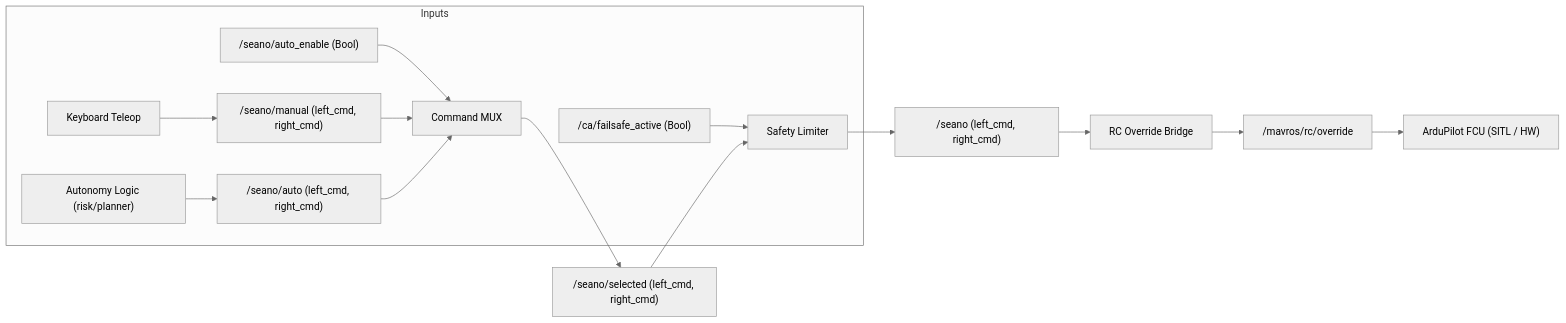
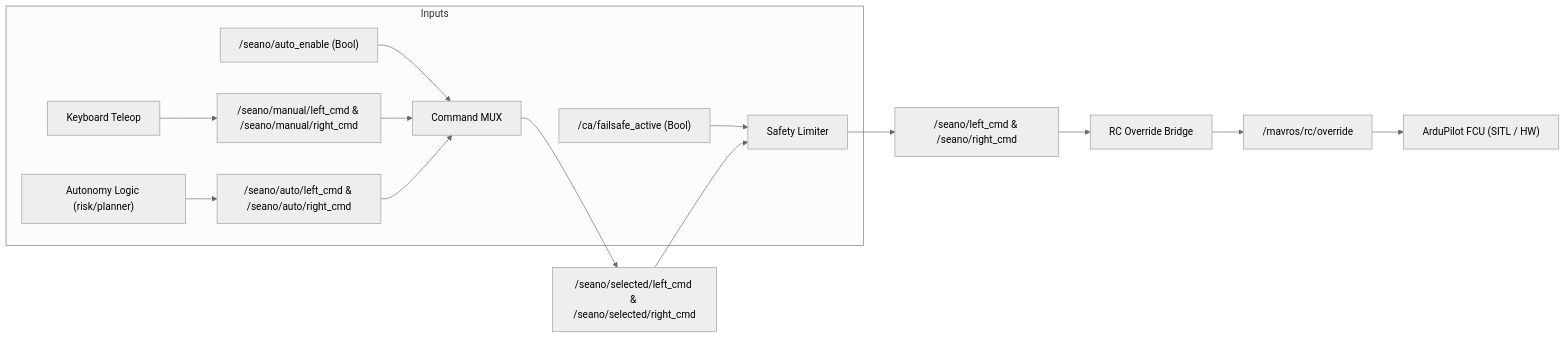
One commit to seanousv/seano-collision-avoidance changed the diagram in docs/ARCHITECTURE.md. Above: the diagram before and after it, drawn with Mermaid (neutral theme). The commit also changed other lines of this file and 5 other files, not shown here.

`````diff
--- a/docs/ARCHITECTURE.md
+++ b/docs/ARCHITECTURE.md
@@ -13,20 +13,20 @@
 ```mermaid
 flowchart LR
   subgraph Inputs
-    KBD["Keyboard Teleop"] --> M1["/seano/manual (left_cmd, right_cmd)"]
-    AUTO["Autonomy Logic (risk/planner)"] --> A1["/seano/auto (left_cmd, right_cmd)"]
+    KBD["Keyboard Teleop"] --> M1["/seano/manual/left_cmd & /seano/manual/right_cmd"]
+    AUTO["Autonomy Logic (risk/planner)"] --> A1["/seano/auto/left_cmd & /seano/auto/right_cmd"]
     EN["/seano/auto_enable (Bool)"] --> MUX
     FS["/ca/failsafe_active (Bool)"] --> LIM
   end
 
   M1 --> MUX["Command MUX"]
   A1 --> MUX
-  MUX --> SEL["/seano/selected (left_cmd, right_cmd)"]
+  MUX --> SEL["/seano/selected/left_cmd & /seano/selected/right_cmd"]
 
   SEL --> LIM["Safety Limiter"]
-  LIM --> OUT["/seano (left_cmd, right_cmd)"]
+  LIM --> OUT["/seano/left_cmd & /seano/right_cmd"]
 
   OUT --> BR["RC Override Bridge"]
   BR --> RC["/mavros/rc/override"]
   RC --> FCU["ArduPilot FCU (SITL / HW)"]
 ````
`````
